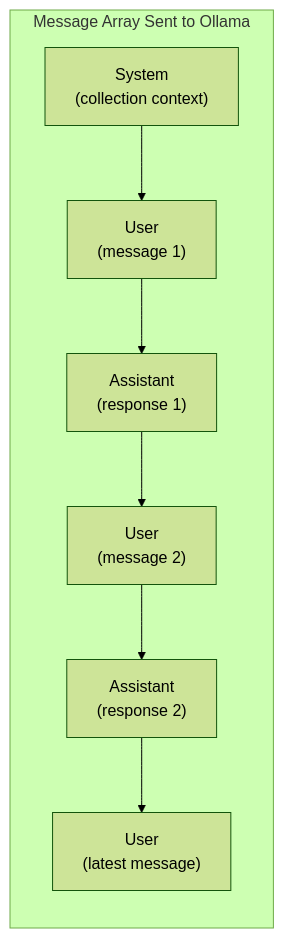
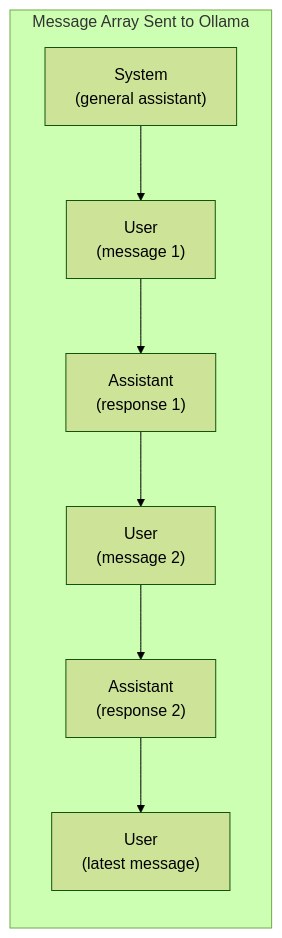
One commit to 1x2kb/dvd_categorize changed the second of 2 diagrams in Documentation/Diagrams/AI_CHAT_FLOW.md. Above: the diagram before and after it, drawn with Mermaid (forest theme). The commit also changed other lines of this file and 7 other files, not shown here.

````diff
--- a/Documentation/Diagrams/AI_CHAT_FLOW.md
+++ b/Documentation/Diagrams/AI_CHAT_FLOW.md
@@ -44,13 +39,13 @@
 ```mermaid
 flowchart LR
     subgraph "Message Array Sent to Ollama"
-        S["System<br/>(collection context)"]
+        S["System<br/>(general assistant)"]
         U1["User<br/>(message 1)"]
         A1["Assistant<br/>(response 1)"]
         U2["User<br/>(message 2)"]
         A2["Assistant<br/>(response 2)"]
         UN["User<br/>(latest message)"]
     end
 
     S --> U1 --> A1 --> U2 --> A2 --> UN
 ```
````
